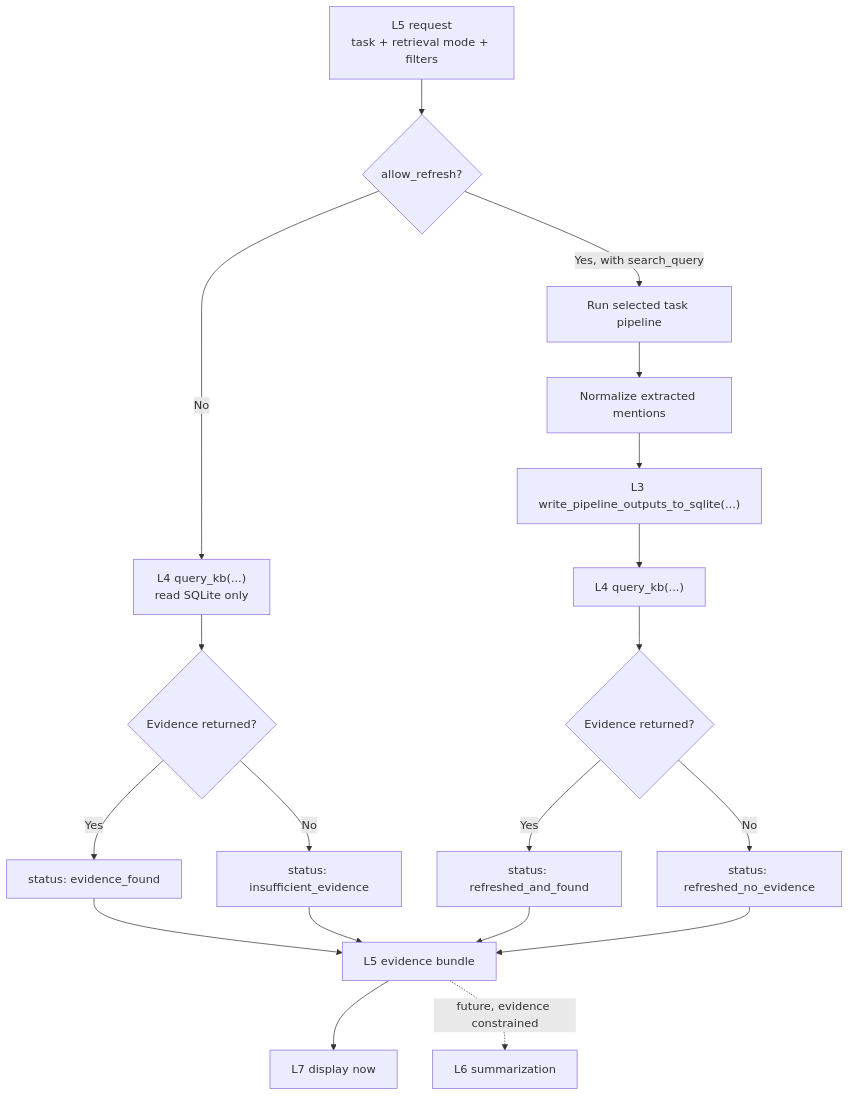
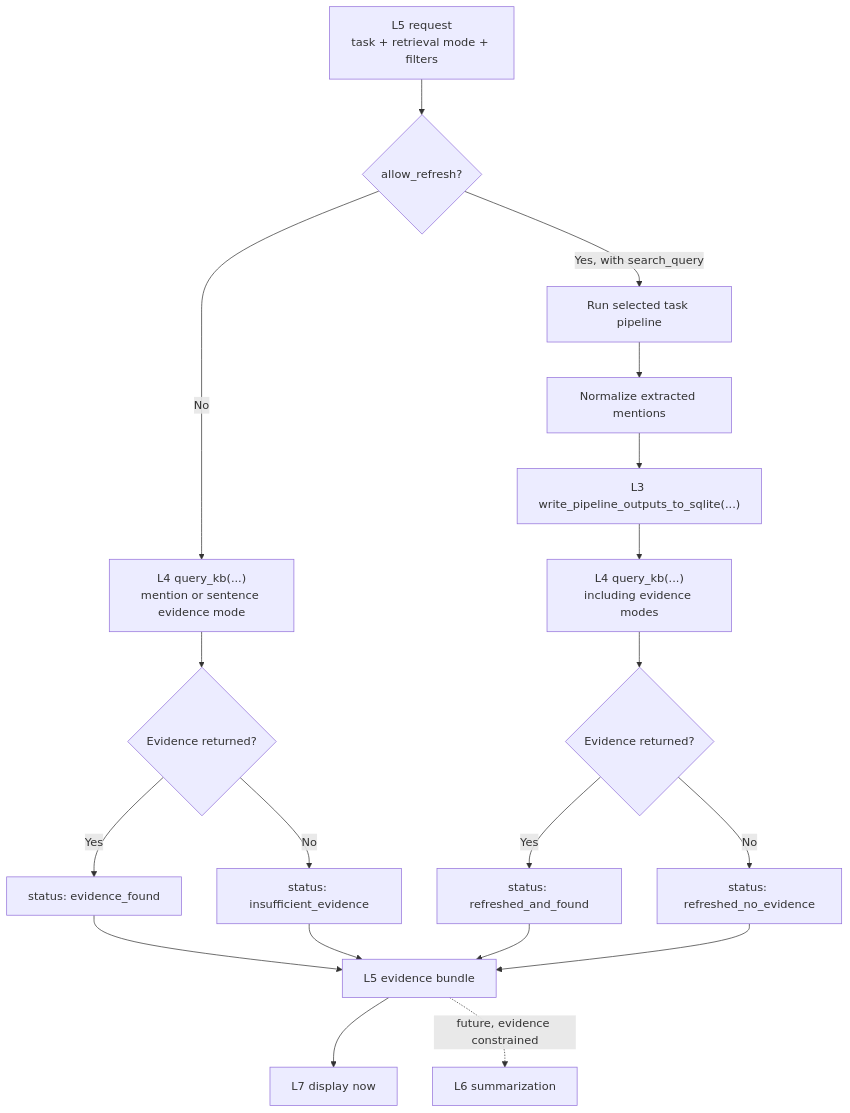
One commit to Yi104/biomedical_literature_intelligence_engine changed the third of 4 diagrams in doc/end_to_end_data_flow.md. Above: the diagram before and after it, drawn with Mermaid. The commit also changed other lines of this file and 19 other files, not shown here.

Commit message:
add sentence-level evidence retrieval for L3-L5

````diff
--- a/doc/end_to_end_data_flow.md
+++ b/doc/end_to_end_data_flow.md
@@ -124,23 +131,23 @@
 ```mermaid
 flowchart TD
     A["L5 request<br/>task + retrieval mode + filters"] --> B{"allow_refresh?"}
-    B -->|No| C["L4 query_kb(...)<br/>read SQLite only"]
+    B -->|No| C["L4 query_kb(...)<br/>mention or sentence evidence mode"]
     C --> D{"Evidence returned?"}
     D -->|Yes| E["status: evidence_found"]
     D -->|No| F["status: insufficient_evidence"]
 
     B -->|Yes, with search_query| G["Run selected task pipeline"]
     G --> H["Normalize extracted mentions"]
     H --> I["L3 write_pipeline_outputs_to_sqlite(...)"]
-    I --> J["L4 query_kb(...)"]
+    I --> J["L4 query_kb(...)<br/>including evidence modes"]
     J --> K{"Evidence returned?"}
     K -->|Yes| L["status: refreshed_and_found"]
     K -->|No| M["status: refreshed_no_evidence"]
 
     E --> N["L5 evidence bundle"]
     F --> N
     L --> N
     M --> N
     N --> O["L7 display now"]
     N -. "future, evidence constrained" .-> P["L6 summarization"]
 ```
````
